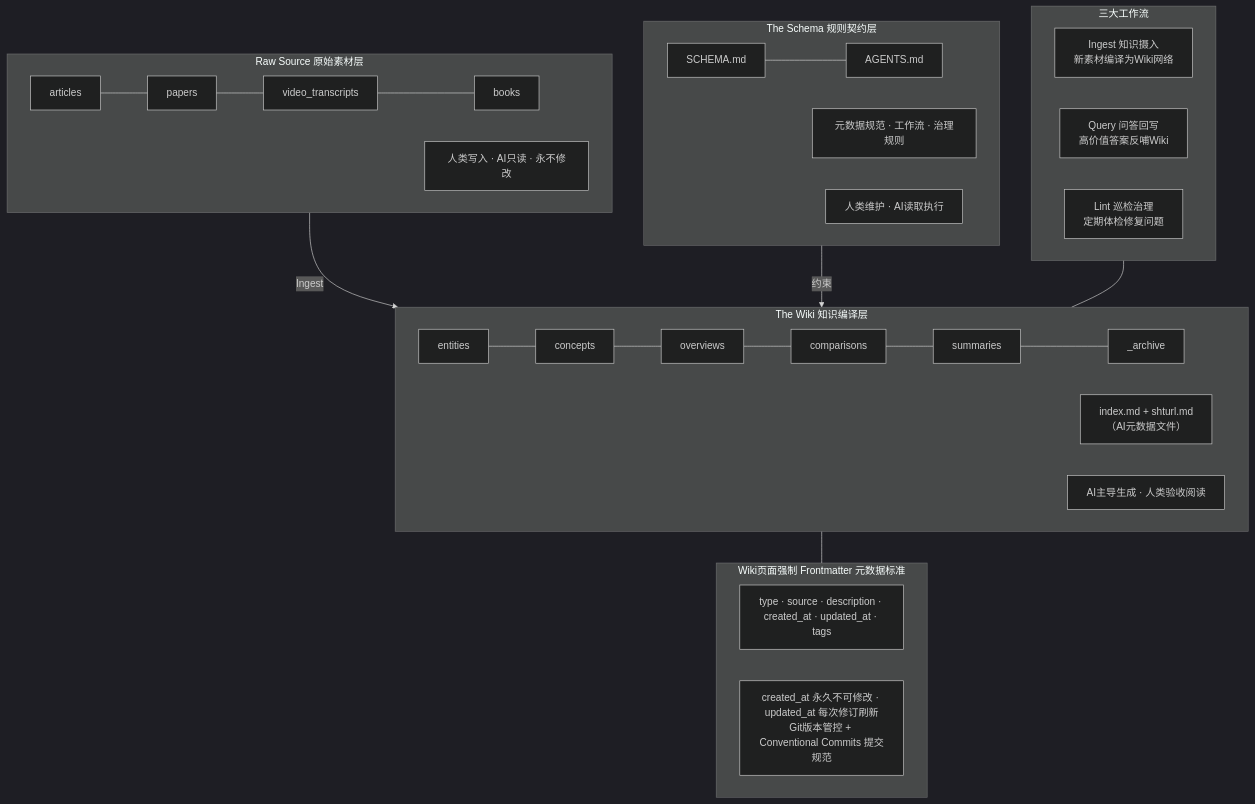
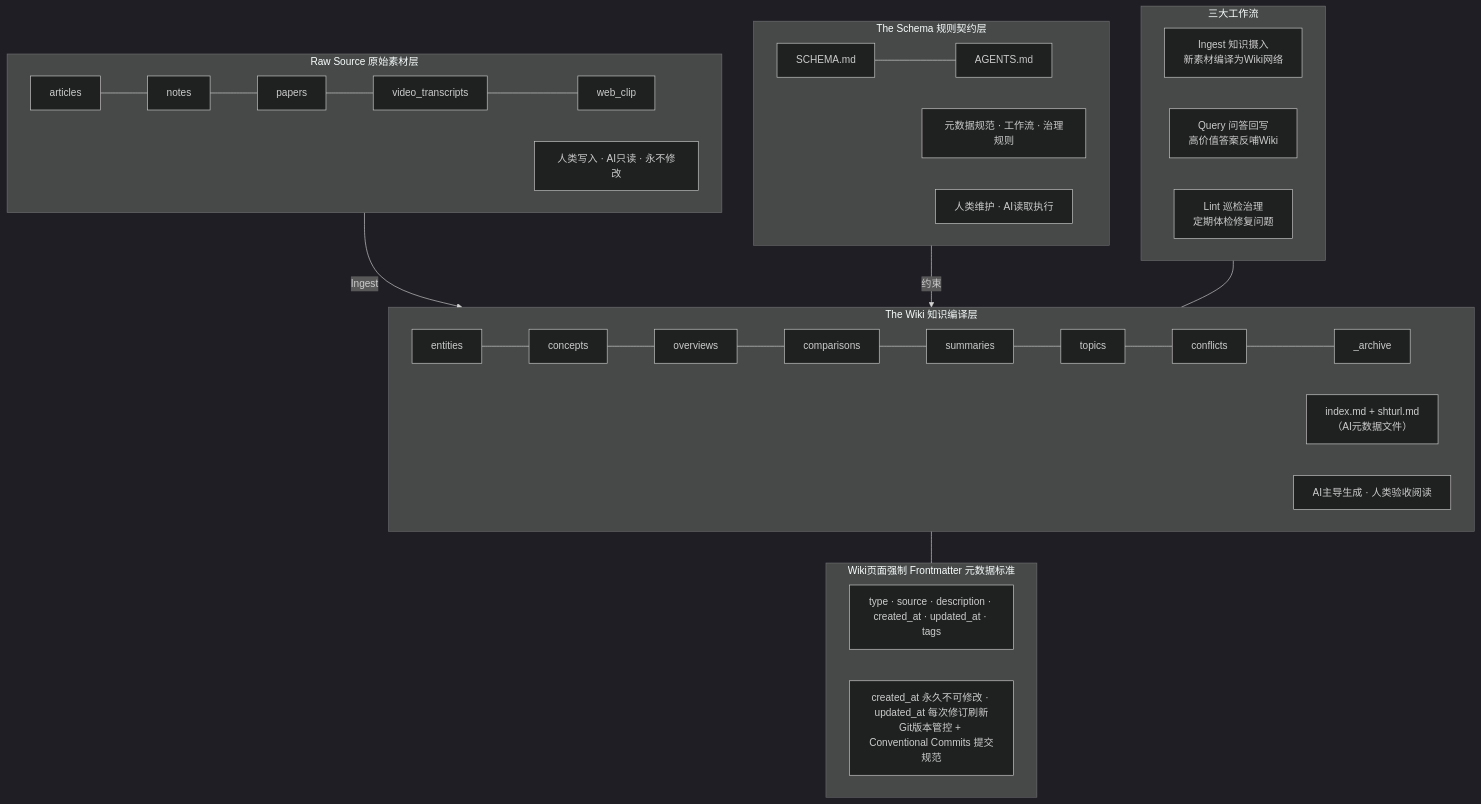
One commit to Topskys/llm-wiki changed the first of 5 diagrams in raw/llm-wiki知识库方案.md. Above: the diagram before and after it, drawn with Mermaid (dark theme). The commit also changed other lines of this file and 21 other files, not shown here.

Commit message:
rule: restructure wiki and raw directories

````diff
--- a/raw/llm-wiki知识库方案.md
+++ b/raw/llm-wiki知识库方案.md
@@ -41,40 +41,40 @@
 ```mermaid
 flowchart TB
     subgraph RAW["Raw Source 原始素材层"]
         direction LR
-        RAW1["articles"] --- RAW2["papers"] --- RAW3["video_transcripts"] --- RAW4["books"]
+        RAW1["articles"] --- RAW2["notes"] --- RAW3["papers"] --- RAW4["video_transcripts"] --- RAW5["web_clip"]
         RAW_D["人类写入 · AI只读 · 永不修改"]
     end
 
     subgraph WIKI["The Wiki 知识编译层"]
         direction LR
-        WIKI1["entities"] --- WIKI2["concepts"] --- WIKI3["overviews"] --- WIKI4["comparisons"] --- WIKI5["summaries"] --- WIKI6["_archive"]
+        WIKI1["entities"] --- WIKI2["concepts"] --- WIKI3["overviews"] --- WIKI4["comparisons"] --- WIKI5["summaries"] --- WIKI6["topics"] --- WIKI7["conflicts"] --- WIKI8["_archive"]
         WIKIM["index.md + shturl.md<br/>（AI元数据文件）"]
         WIKI_D["AI主导生成 · 人类验收阅读"]
     end
 
     subgraph SCHEMA["The Schema 规则契约层"]
         direction LR
         SCHEMA1["SCHEMA.md"] --- SCHEMA2["AGENTS.md"]
         SCHEMA3["元数据规范 · 工作流 · 治理规则"]
         SCHEMA_D["人类维护 · AI读取执行"]
     end
 
     subgraph WORKFLOW["三大工作流"]
         direction LR
         ING["Ingest 知识摄入<br/>新素材编译为Wiki网络"]
         QUE["Query 问答回写<br/>高价值答案反哺Wiki"]
         LINT["Lint 巡检治理<br/>定期体检修复问题"]
     end
 
     subgraph META["Wiki页面强制 Frontmatter 元数据标准"]
         direction LR
         M1["type · source · description · created_at · updated_at · tags"]
         M2["created_at 永久不可修改 · updated_at 每次修订刷新<br/>Git版本管控 + Conventional Commits 提交规范"]
     end
 
     RAW -->|"Ingest"| WIKI
     SCHEMA -->|"约束"| WIKI
     WORKFLOW --- WIKI
     WIKI --- META
 ```
````
